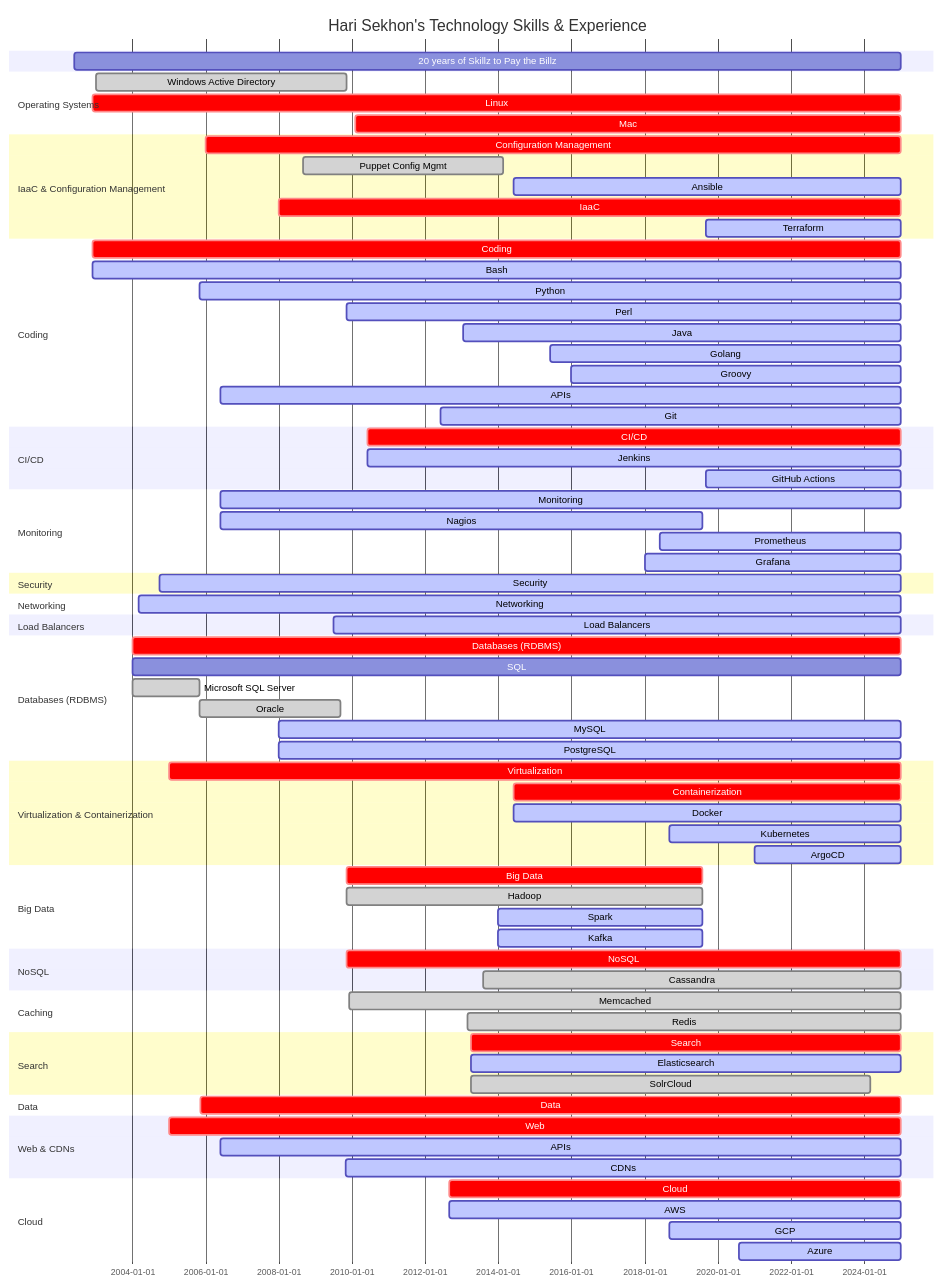
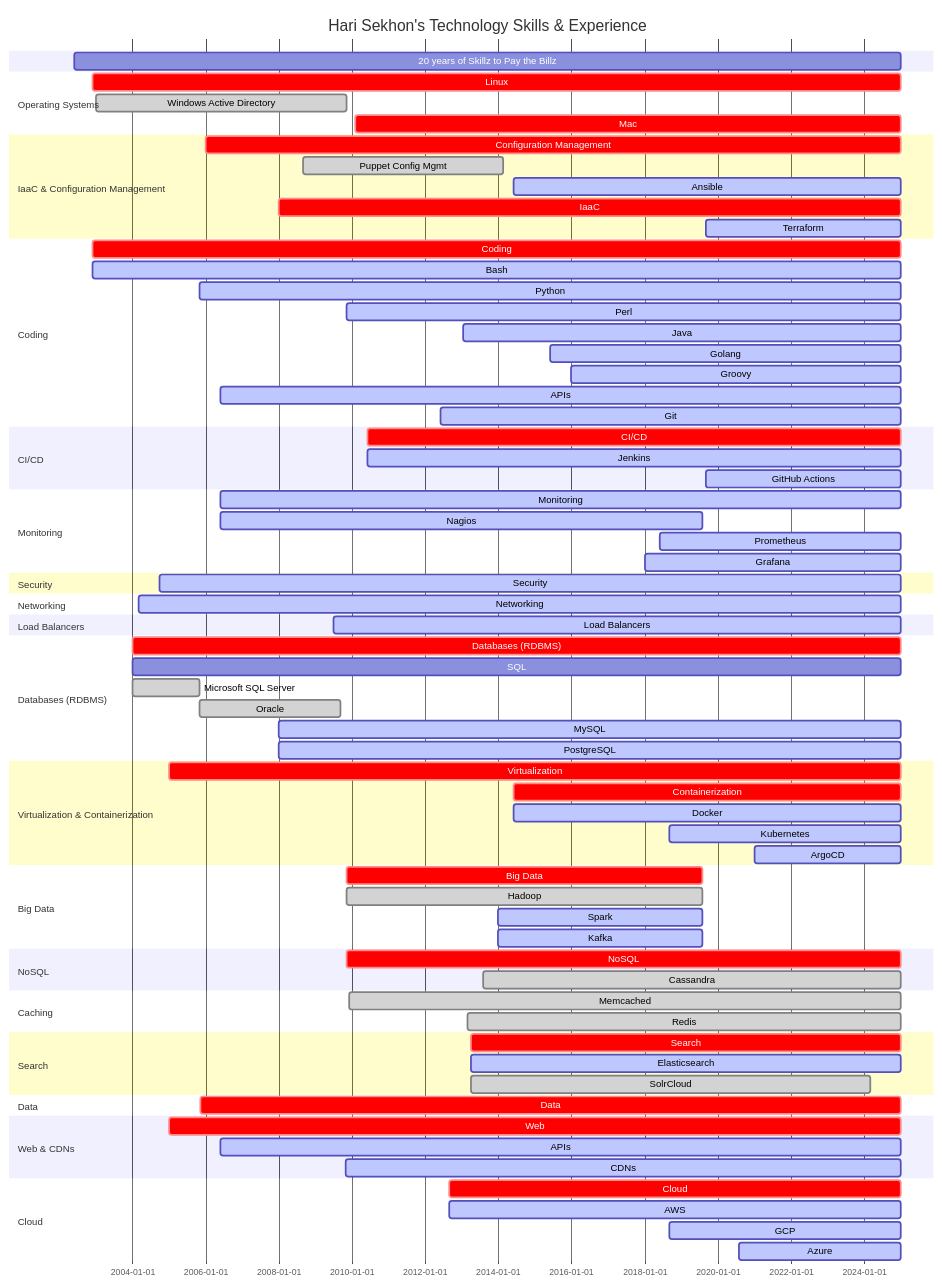
One commit to HariSekhon/HariSekhon changed the diagram in README.md. Above: the diagram before and after it, drawn with Mermaid. The commit also changed other lines of this file, not shown here.

```diff
--- a/README.md
+++ b/README.md
@@ -280,8 +280,8 @@
     20 years of Skillz to Pay the Billz : 2002-06-01, 2024-12-31
 
     section Operating Systems
+    Linux                    : crit, 2002-12-01, 2024-12-31
     Windows Active Directory : done, 2003-01-01, 2009-11-10
-    Linux                    : crit, 2002-12-01, 2024-12-31
     %%Redhat Linux             : active, 2002-12-01, 2024-12-31
     %%Debian Linux             : active, 2003-01-01, 2024-12-31
     %%Gentoo Linux             : done, 2004-06-01, 2009-11-10
```
